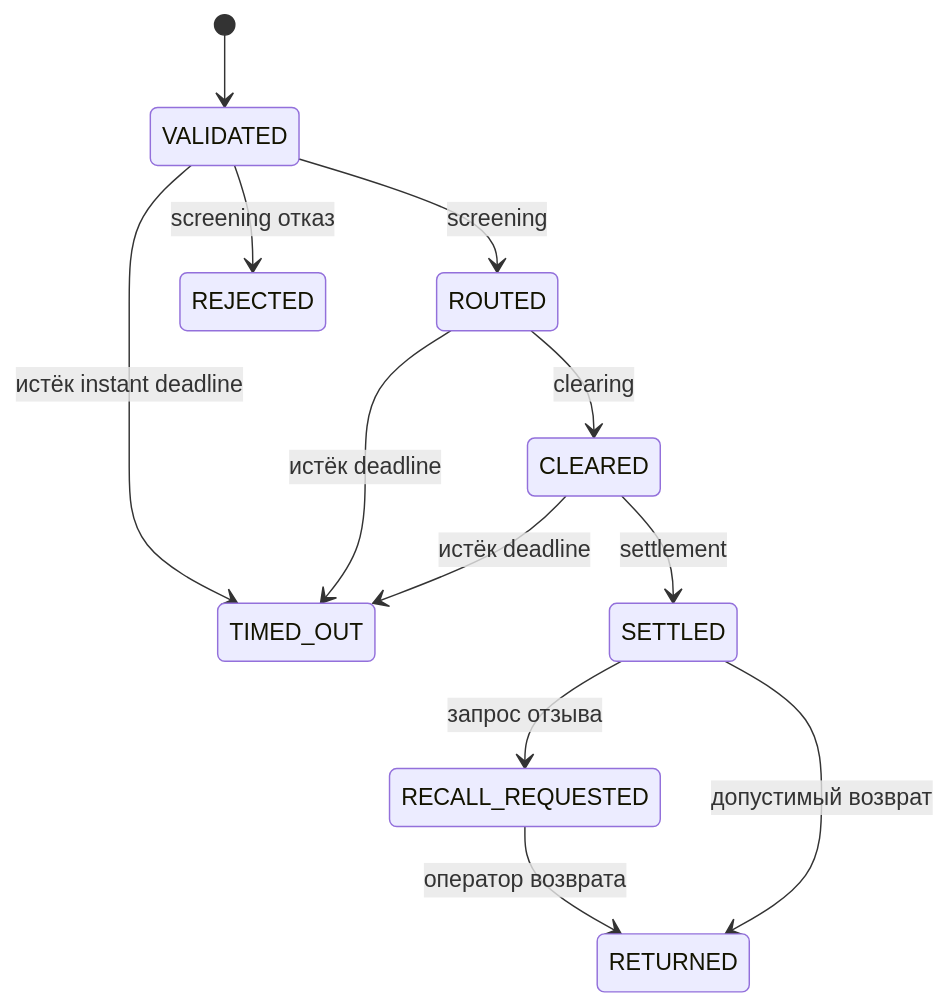
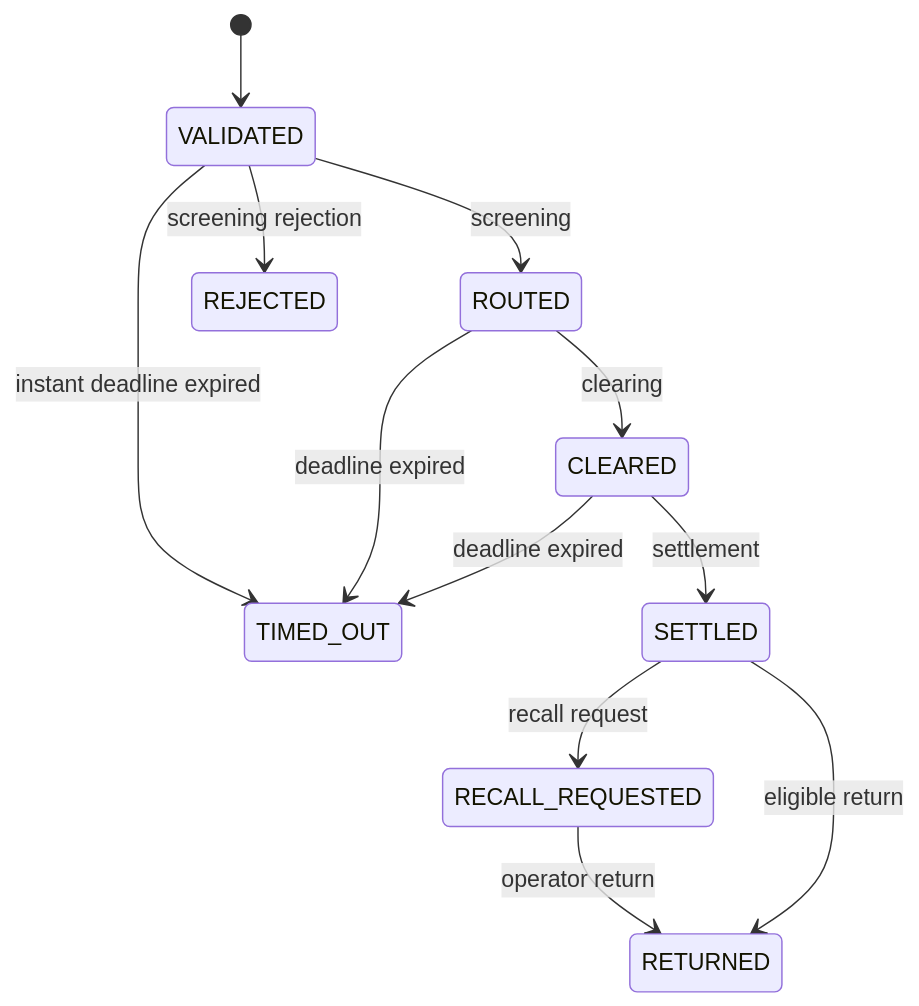
The second of 2 diagrams in docs/ARCHITECTURE.md (straigenlu-netizen/eu_fin), drawn with Mermaid before and after one commit. The commit also changed other lines of this file and 14 other files, not shown here.

````diff
--- a/docs/ARCHITECTURE.md
+++ b/docs/ARCHITECTURE.md
@@ -30,14 +30,14 @@
 ```mermaid
 stateDiagram-v2
   [*] --> VALIDATED
   VALIDATED --> ROUTED: screening
-  VALIDATED --> REJECTED: screening отказ
-  VALIDATED --> TIMED_OUT: истёк instant deadline
+  VALIDATED --> REJECTED: screening rejection
+  VALIDATED --> TIMED_OUT: instant deadline expired
   ROUTED --> CLEARED: clearing
-  ROUTED --> TIMED_OUT: истёк deadline
+  ROUTED --> TIMED_OUT: deadline expired
   CLEARED --> SETTLED: settlement
-  CLEARED --> TIMED_OUT: истёк deadline
-  SETTLED --> RECALL_REQUESTED: запрос отзыва
-  RECALL_REQUESTED --> RETURNED: оператор возврата
-  SETTLED --> RETURNED: допустимый возврат
+  CLEARED --> TIMED_OUT: deadline expired
+  SETTLED --> RECALL_REQUESTED: recall request
+  RECALL_REQUESTED --> RETURNED: operator return
+  SETTLED --> RETURNED: eligible return
 ```
````
